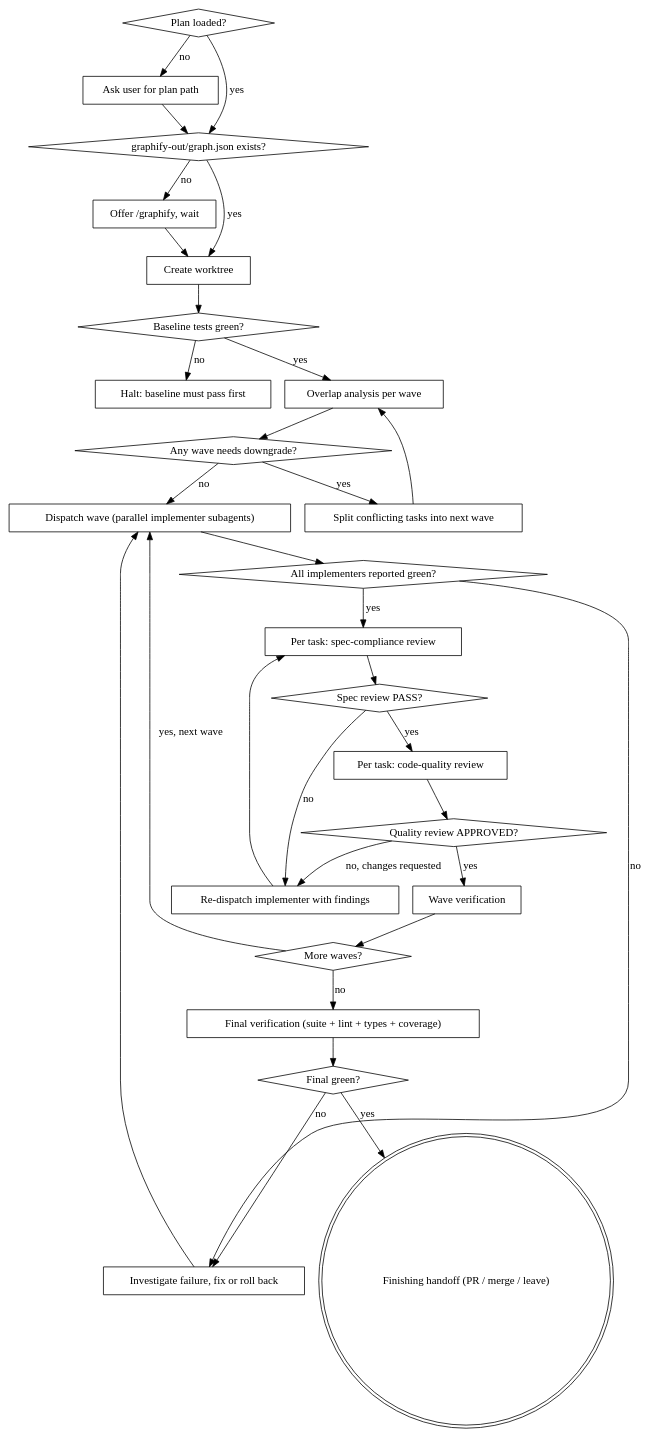
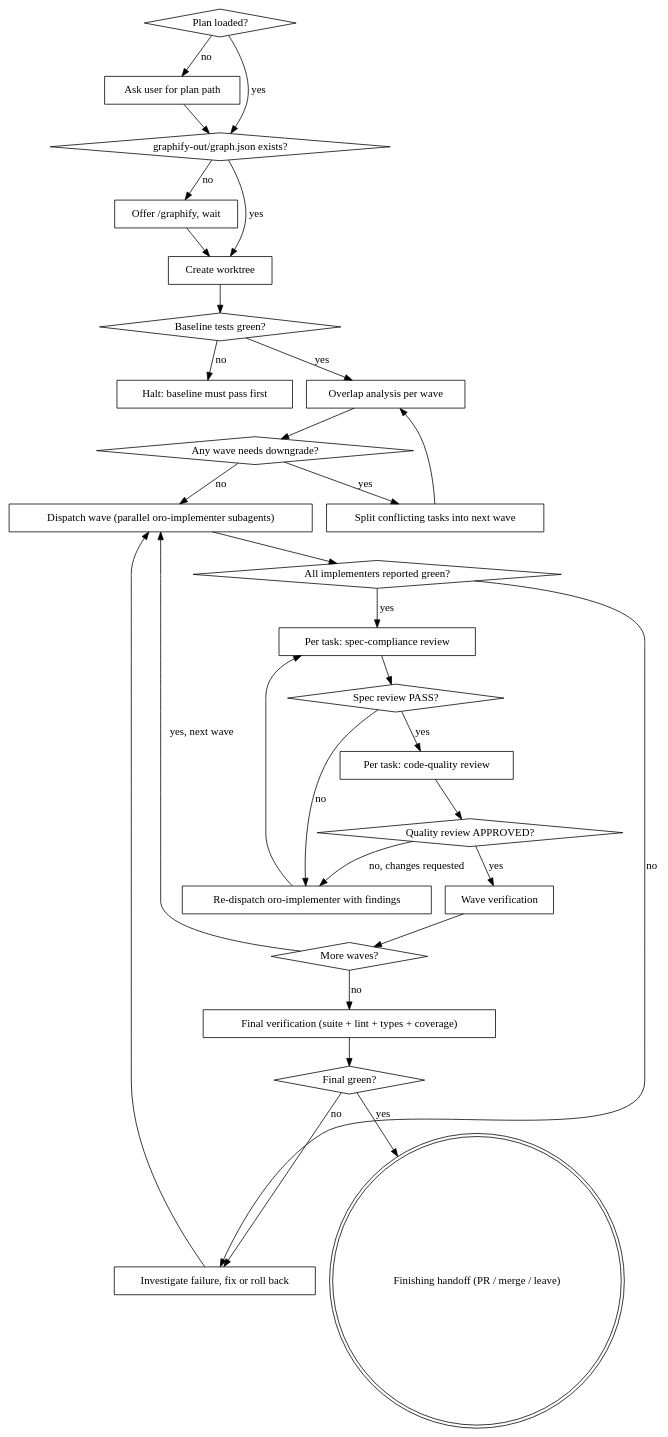
One commit to omerronen48/oroskills changed the diagram in skills/executing-plan-time/SKILL.md. Above: the diagram before and after it, drawn with Graphviz. The commit also changed other lines of this file and 117 other files, not shown here.

First line of the commit message:
Cleanup: license, namespaced agents, graphify docs, safety fixes

````diff
--- a/skills/executing-plan-time/SKILL.md
+++ b/skills/executing-plan-time/SKILL.md
@@ -50,58 +50,58 @@
 ```dot
 digraph direct_executing_plans {
     "Plan loaded?" [shape=diamond];
     "Ask user for plan path" [shape=box];
     "graphify-out/graph.json exists?" [shape=diamond];
     "Offer /graphify, wait" [shape=box];
     "Create worktree" [shape=box];
     "Baseline tests green?" [shape=diamond];
     "Halt: baseline must pass first" [shape=box];
     "Overlap analysis per wave" [shape=box];
     "Any wave needs downgrade?" [shape=diamond];
     "Split conflicting tasks into next wave" [shape=box];
-    "Dispatch wave (parallel implementer subagents)" [shape=box];
+    "Dispatch wave (parallel oro-implementer subagents)" [shape=box];
     "All implementers reported green?" [shape=diamond];
     "Investigate failure, fix or roll back" [shape=box];
     "Per task: spec-compliance review" [shape=box];
     "Spec review PASS?" [shape=diamond];
-    "Re-dispatch implementer with findings" [shape=box];
+    "Re-dispatch oro-implementer with findings" [shape=box];
     "Per task: code-quality review" [shape=box];
     "Quality review APPROVED?" [shape=diamond];
     "Wave verification" [shape=box];
     "More waves?" [shape=diamond];
     "Final verification (suite + lint + types + coverage)" [shape=box];
     "Final green?" [shape=diamond];
     "Finishing handoff (PR / merge / leave)" [shape=doublecircle];
 
     "Plan loaded?" -> "Ask user for plan path" [label="no"];
     "Plan loaded?" -> "graphify-out/graph.json exists?" [label="yes"];
     "Ask user for plan path" -> "graphify-out/graph.json exists?";
     "graphify-out/graph.json exists?" -> "Offer /graphify, wait" [label="no"];
     "graphify-out/graph.json exists?" -> "Create worktree" [label="yes"];
     "Offer /graphify, wait" -> "Create worktree";
     "Create worktree" -> "Baseline tests green?";
     "Baseline tests green?" -> "Halt: baseline must pass first" [label="no"];
     "Baseline tests green?" -> "Overlap analysis per wave" [label="yes"];
     "Overlap analysis per wave" -> "Any wave needs downgrade?";
     "Any wave needs downgrade?" -> "Split conflicting tasks into next wave" [label="yes"];
     "Split conflicting tasks into next wave" -> "Overlap analysis per wave";
-    "Any wave needs downgrade?" -> "Dispatch wave (parallel implementer subagents)" [label="no"];
-    "Dispatch wave (parallel implementer subagents)" -> "All implementers reported green?";
+    "Any wave needs downgrade?" -> "Dispatch wave (parallel oro-implementer subagents)" [label="no"];
+    "Dispatch wave (parallel oro-implementer subagents)" -> "All implementers reported green?";
     "All implementers reported green?" -> "Investigate failure, fix or roll back" [label="no"];
-    "Investigate failure, fix or roll back" -> "Dispatch wave (parallel implementer subagents)";
+    "Investigate failure, fix or roll back" -> "Dispatch wave (parallel oro-implementer subagents)";
     "All implementers reported green?" -> "Per task: spec-compliance review" [label="yes"];
     "Per task: spec-compliance review" -> "Spec review PASS?";
-    "Spec review PASS?" -> "Re-dispatch implementer with findings" [label="no"];
-    "Re-dispatch implementer with findings" -> "Per task: spec-compliance review";
+    "Spec review PASS?" -> "Re-dispatch oro-implementer with findings" [label="no"];
+    "Re-dispatch oro-implementer with findings" -> "Per task: spec-compliance review";
     "Spec review PASS?" -> "Per task: code-quality review" [label="yes"];
     "Per task: code-quality review" -> "Quality review APPROVED?";
-    "Quality review APPROVED?" -> "Re-dispatch implementer with findings" [label="no, changes requested"];
+    "Quality review APPROVED?" -> "Re-dispatch oro-implementer with findings" [label="no, changes requested"];
     "Quality review APPROVED?" -> "Wave verification" [label="yes"];
     "Wave verification" -> "More waves?";
-    "More waves?" -> "Dispatch wave (parallel implementer subagents)" [label="yes, next wave"];
+    "More waves?" -> "Dispatch wave (parallel oro-implementer subagents)" [label="yes, next wave"];
     "More waves?" -> "Final verification (suite + lint + types + coverage)" [label="no"];
     "Final verification (suite + lint + types + coverage)" -> "Final green?";
     "Final green?" -> "Investigate failure, fix or roll back" [label="no"];
     "Final green?" -> "Finishing handoff (PR / merge / leave)" [label="yes"];
 }
 ```
````
